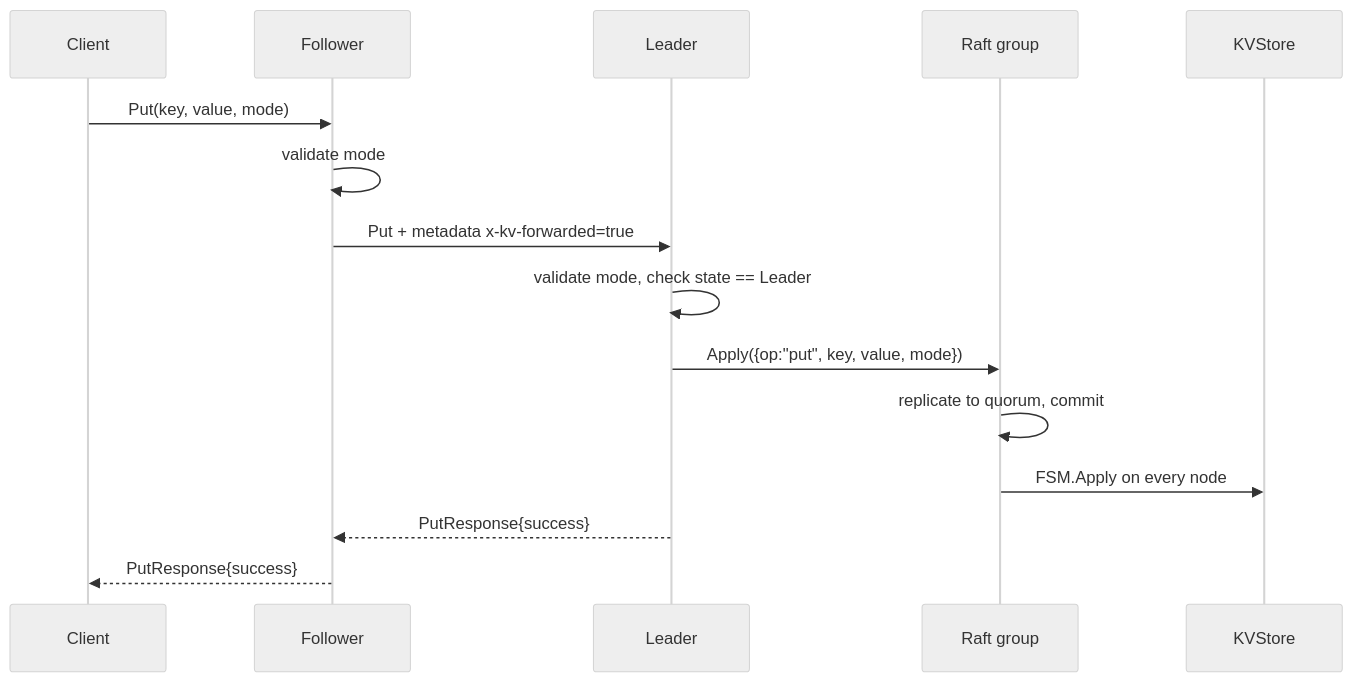
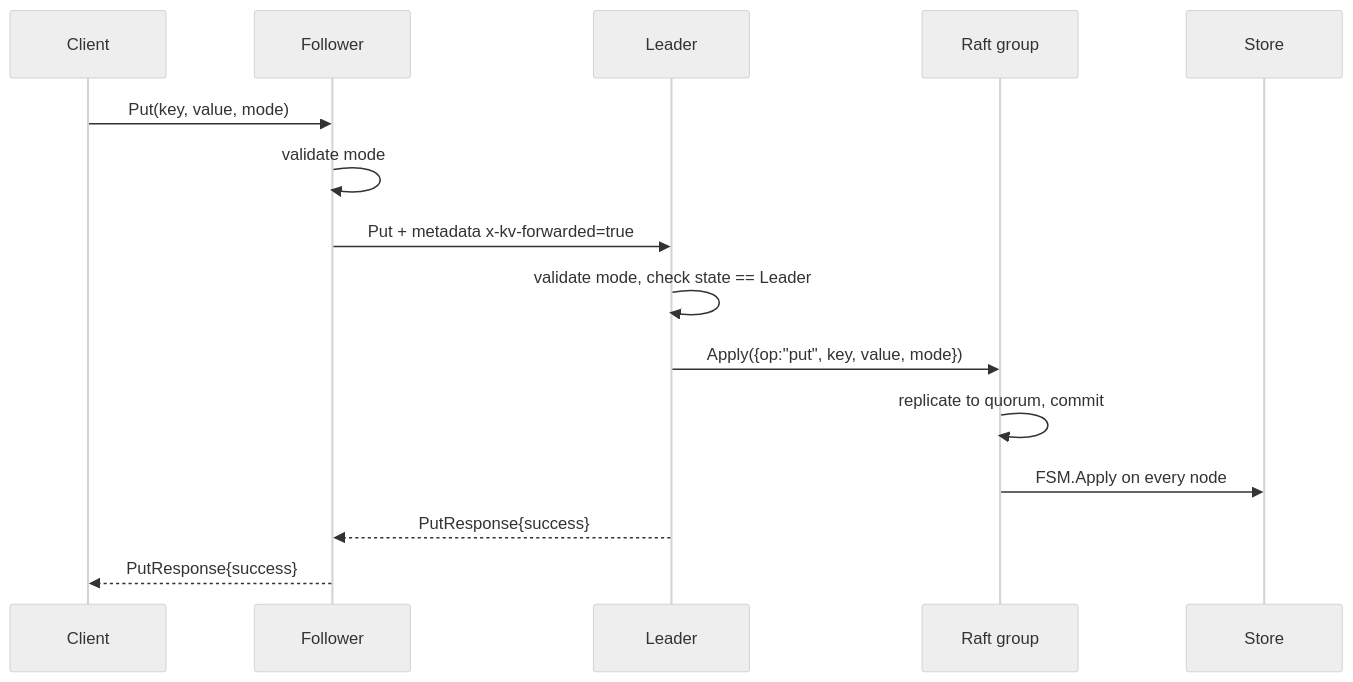
The second of 2 diagrams in docs/ARCHITECTURE.md (Jay0496/Distributed-Systems), drawn with Mermaid (neutral theme) before and after one commit. The commit also changed other lines of this file and 5 other files, not shown here.

First line of the commit message:
docs(storage): document SQLite schema, snapshots, and shutdown

````diff
--- a/docs/ARCHITECTURE.md
+++ b/docs/ARCHITECTURE.md
@@ -94,18 +94,18 @@
 ```mermaid
 sequenceDiagram
     participant C as Client
     participant F as Follower
     participant L as Leader
     participant R as Raft group
-    participant S as KVStore
+    participant S as Store
 
     C->>F: Put(key, value, mode)
     F->>F: validate mode
     F->>L: Put + metadata x-kv-forwarded=true
     L->>L: validate mode, check state == Leader
     L->>R: Apply({op:"put", key, value, mode})
     R->>R: replicate to quorum, commit
     R->>S: FSM.Apply on every node
     L-->>F: PutResponse{success}
     F-->>C: PutResponse{success}
 ```
````
